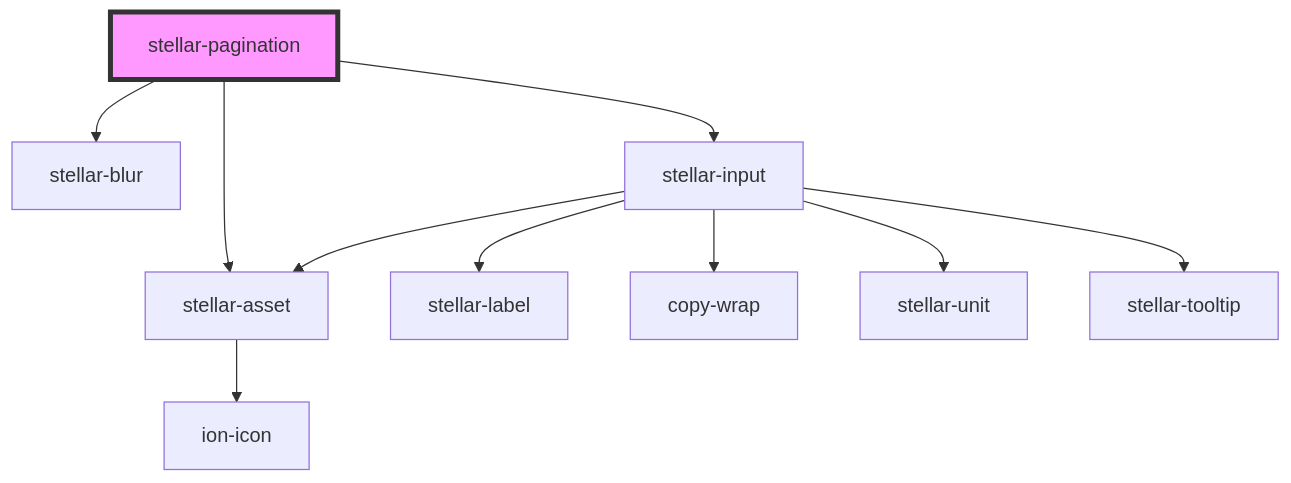
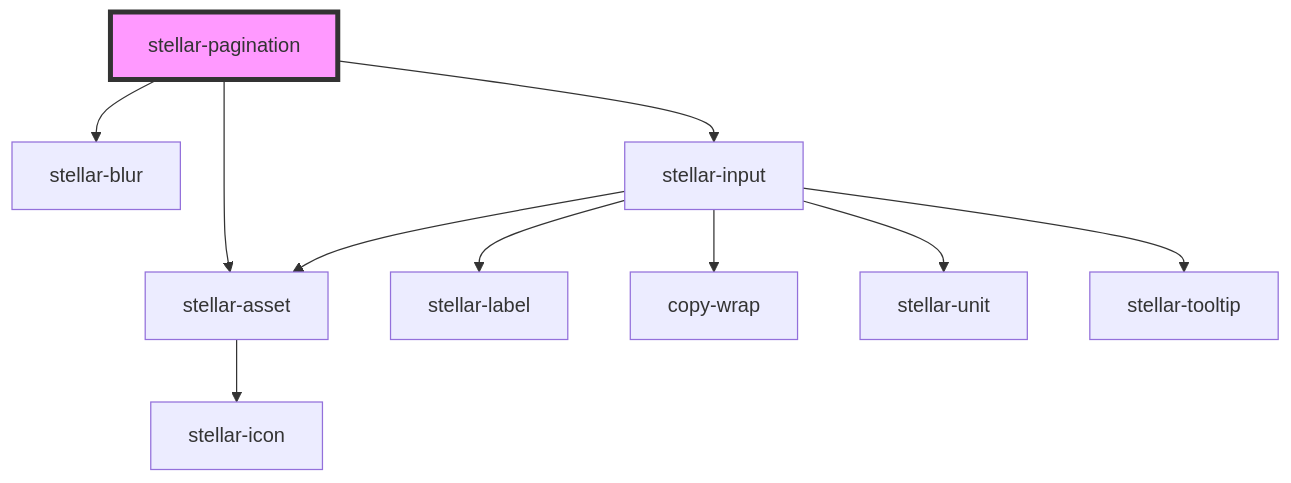
The diagram in src/components/ui/pagination/readme.md (splitinfinities/Stellar), drawn with Mermaid before and after one commit. The commit also changed 747 other files, not shown here.

Commit message:
fix: Adds non-shadow-dom ionicons as stellar-icon

````diff
--- a/src/components/ui/pagination/readme.md
+++ b/src/components/ui/pagination/readme.md
@@ -49,13 +49,13 @@
 ```mermaid
 graph TD;
   stellar-pagination --> stellar-asset
   stellar-pagination --> stellar-blur
   stellar-pagination --> stellar-input
-  stellar-asset --> ion-icon
+  stellar-asset --> stellar-icon
   stellar-input --> stellar-label
   stellar-input --> copy-wrap
   stellar-input --> stellar-asset
   stellar-input --> stellar-unit
   stellar-input --> stellar-tooltip
   style stellar-pagination fill:#f9f,stroke:#333,stroke-width:4px
 ```
````
